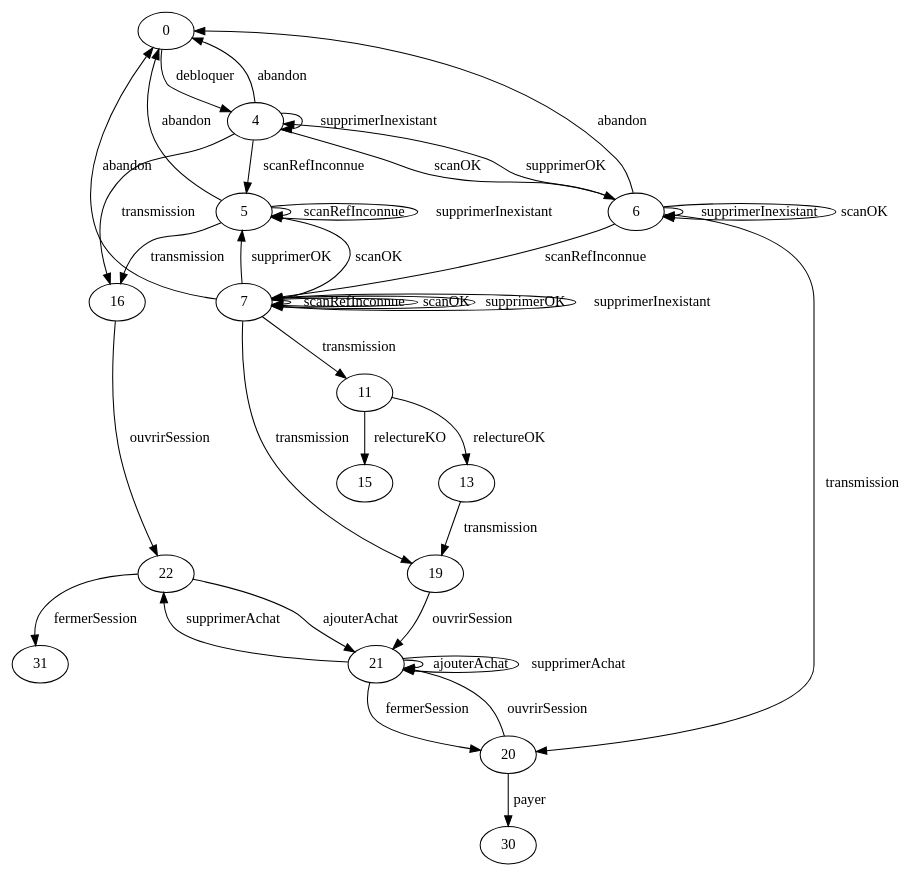
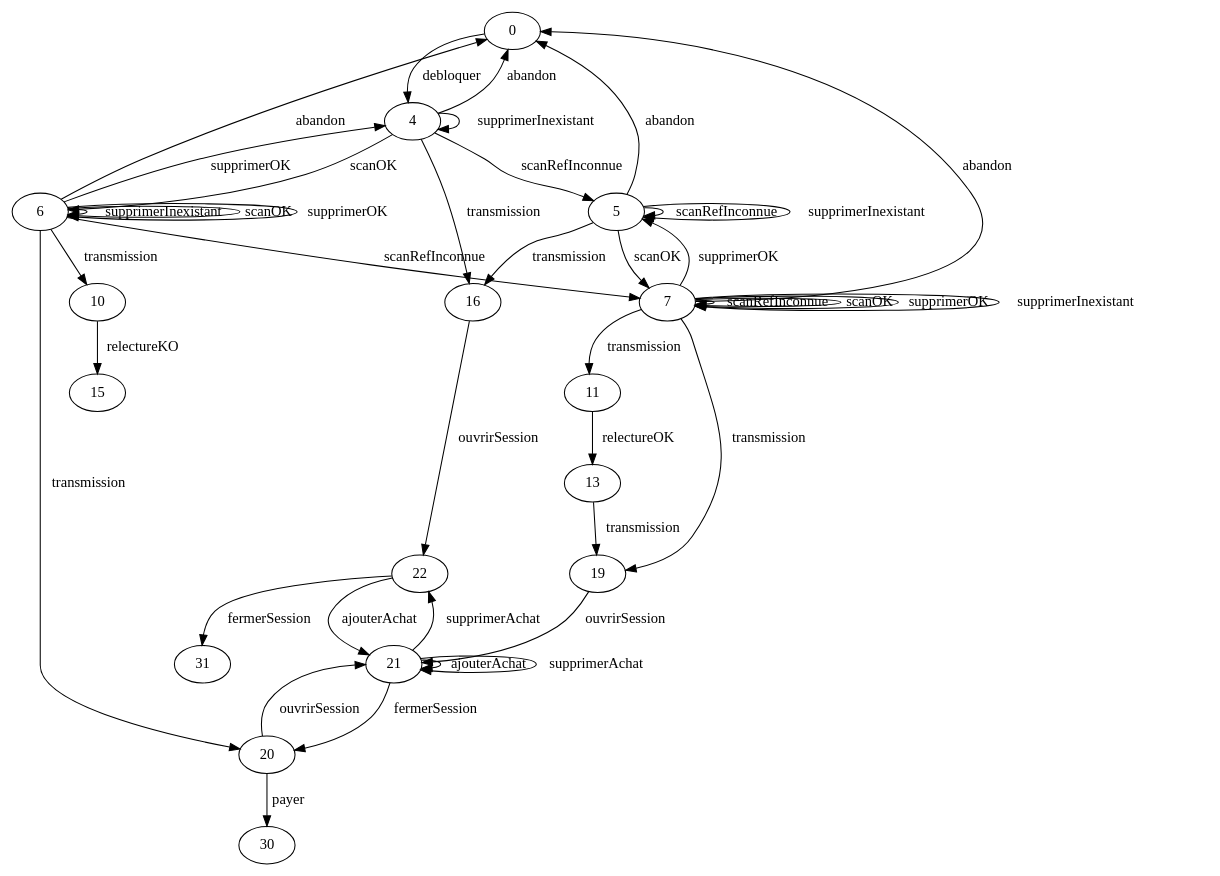
The diagram in graph.dot (timotheJeannot/projetSVN), drawn with Graphviz before and after one commit. The commit also changed 7 other files, not shown here.

```diff
--- a/graph.dot
+++ b/graph.dot
@@ -1,41 +1,43 @@
 digraph ScanetteFSM
 {
   "0" -> "4"  [label="debloquer"];
   "4" -> "4"  [label="supprimerInexistant"];
   "4" -> "5"  [label="scanRefInconnue"];
   "5" -> "7"  [label="scanOK"];
   "7" -> "0"  [label="abandon"];
   "4" -> "6"  [label="scanOK"];
   "4" -> "0"  [label="abandon"];
   "6" -> "20"  [label="transmission"];
   "20" -> "21"  [label="ouvrirSession"];
   "21" -> "22"  [label="supprimerAchat"];
   "22" -> "31"  [label="fermerSession"];
   "7" -> "7"  [label="scanRefInconnue"];
   "6" -> "6"  [label="supprimerInexistant"];
   "6" -> "6"  [label="scanOK"];
   "6" -> "7"  [label="scanRefInconnue"];
   "7" -> "19"  [label="transmission"];
   "19" -> "21"  [label="ouvrirSession"];
   "21" -> "20"  [label="fermerSession"];
   "20" -> "30"  [label="payer"];
   "7" -> "7"  [label="scanOK"];
-  "7" -> "11"  [label="transmission"];
-  "11" -> "15"  [label="relectureKO"];
-  "21" -> "21"  [label="ajouterAchat"];
+  "6" -> "4"  [label="supprimerOK"];
+  "4" -> "16"  [label="transmission"];
+  "16" -> "22"  [label="ouvrirSession"];
   "5" -> "16"  [label="transmission"];
-  "16" -> "22"  [label="ouvrirSession"];
   "5" -> "5"  [label="scanRefInconnue"];
   "22" -> "21"  [label="ajouterAchat"];
+  "21" -> "21"  [label="ajouterAchat"];
   "21" -> "21"  [label="supprimerAchat"];
   "7" -> "7"  [label="supprimerOK"];
-  "6" -> "4"  [label="supprimerOK"];
   "5" -> "0"  [label="abandon"];
-  "4" -> "16"  [label="transmission"];
+  "5" -> "5"  [label="supprimerInexistant"];
+  "6" -> "0"  [label="abandon"];
+  "7" -> "11"  [label="transmission"];
   "11" -> "13"  [label="relectureOK"];
   "13" -> "19"  [label="transmission"];
-  "5" -> "5"  [label="supprimerInexistant"];
-  "6" -> "0"  [label="abandon"];
   "7" -> "5"  [label="supprimerOK"];
   "7" -> "7"  [label="supprimerInexistant"];
+  "6" -> "10"  [label="transmission"];
+  "10" -> "15"  [label="relectureKO"];
+  "6" -> "6"  [label="supprimerOK"];
 }
```
